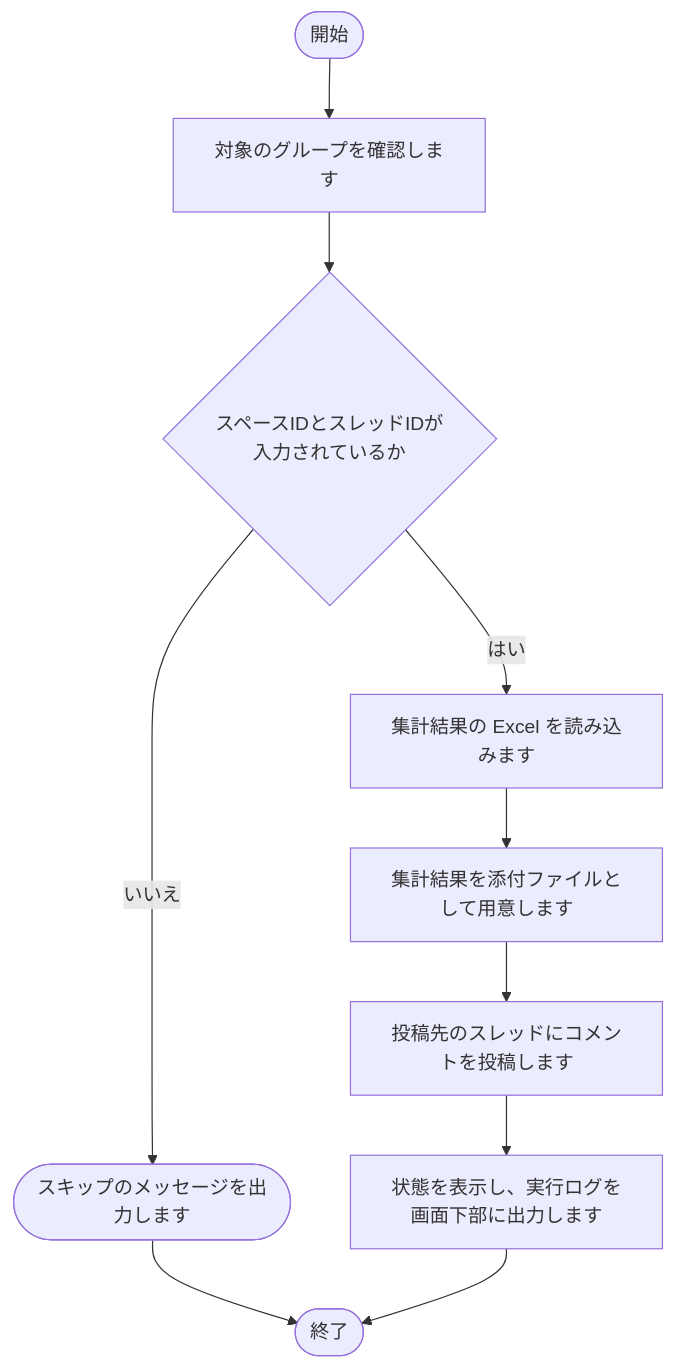
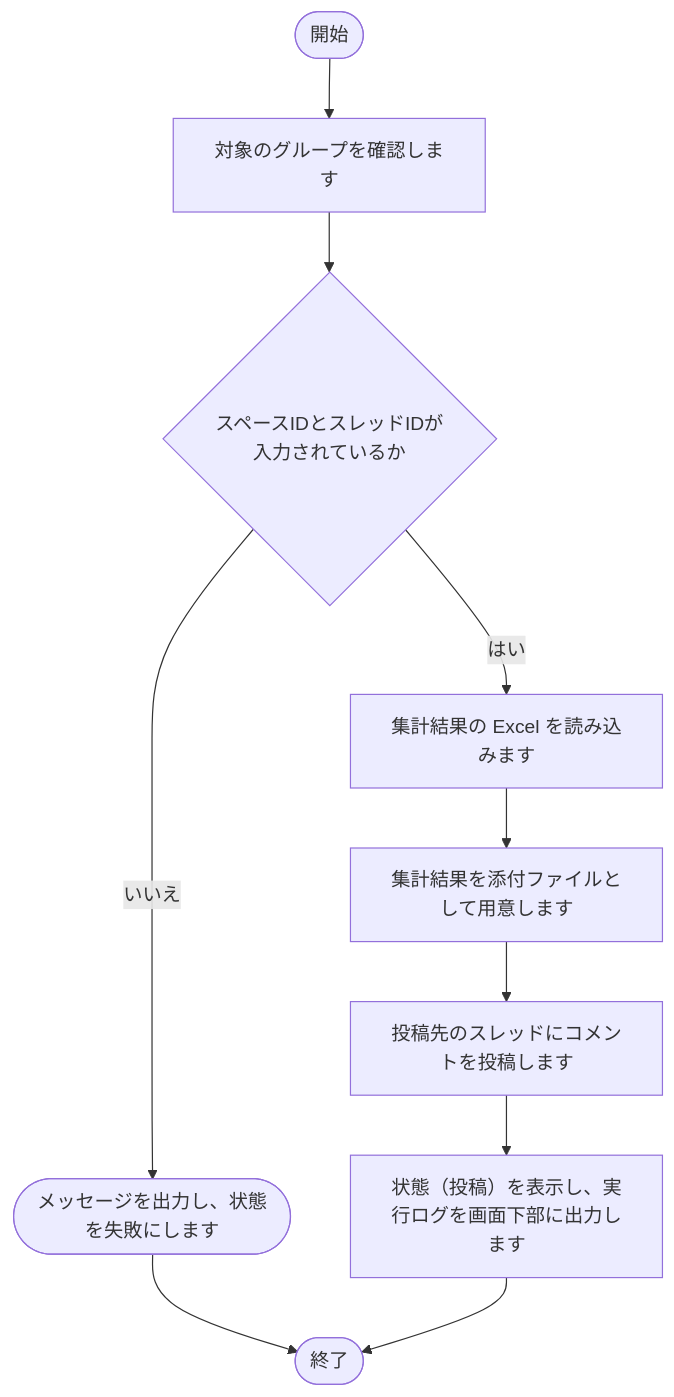
The eighth of 28 diagrams in tool/track-aggregator/doc/02_設計/処理フロー.md (nishida2073/project_management), drawn with Mermaid before and after one commit. The commit also changed other lines of this file and 19 other files, not shown here.

````diff
--- a/tool/track-aggregator/doc/02_設計/処理フロー.md
+++ b/tool/track-aggregator/doc/02_設計/処理フロー.md
@@ -208,21 +210,21 @@
 ```mermaid
 flowchart TD
     S(["開始"])
     E(["終了"])
     N1["対象のグループを確認します"]
     S --> N1
     N2{"スペースIDとスレッドIDが入力されているか"}
     N1 --> N2
-    X2(["スキップのメッセージを出力します"])
+    X2(["メッセージを出力し、状態を失敗にします"])
     N2 -- いいえ --> X2
     X2 --> E
     N3["集計結果の Excel を読み込みます"]
     N2 -- はい --> N3
     N4["集計結果を添付ファイルとして用意します"]
     N3 --> N4
     N5["投稿先のスレッドにコメントを投稿します"]
     N4 --> N5
-    N6["状態を表示し、実行ログを画面下部に出力します"]
+    N6["状態（投稿）を表示し、実行ログを画面下部に出力します"]
     N5 --> N6
     N6 --> E
 ```
````
